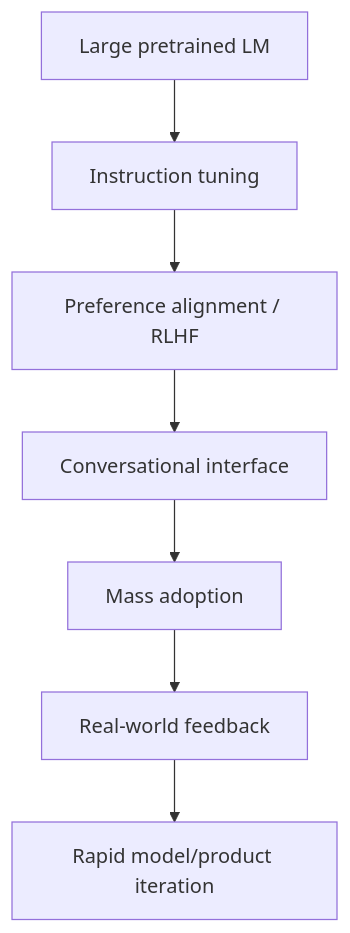
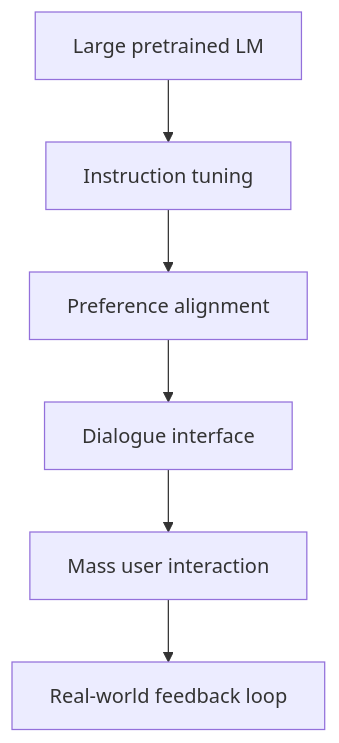
The fourth of 6 diagrams in 教材-book/03-对齐与ChatGPT-alignment-chatgpt.md (Yukun-Zheng/LLM-development), drawn with Mermaid before and after one commit. The commit also changed other lines of this file, not shown here.

Commit message:
Expand alignment chapter with implementation-level RLHF, PPO, DPO and RLVR

````diff
--- a/教材-book/03-对齐与ChatGPT-alignment-chatgpt.md
+++ b/教材-book/03-对齐与ChatGPT-alignment-chatgpt.md
@@ -410,9 +937,8 @@
 ```mermaid
 flowchart TD
     A[Large pretrained LM] --> B[Instruction tuning]
-    B --> C[Preference alignment / RLHF]
-    C --> D[Conversational interface]
-    D --> E[Mass adoption]
-    E --> F[Real-world feedback]
-    F --> G[Rapid model/product iteration]
+    B --> C[Preference alignment]
+    C --> D[Dialogue interface]
+    D --> E[Mass user interaction]
+    E --> F[Real-world feedback loop]
 ```
````
